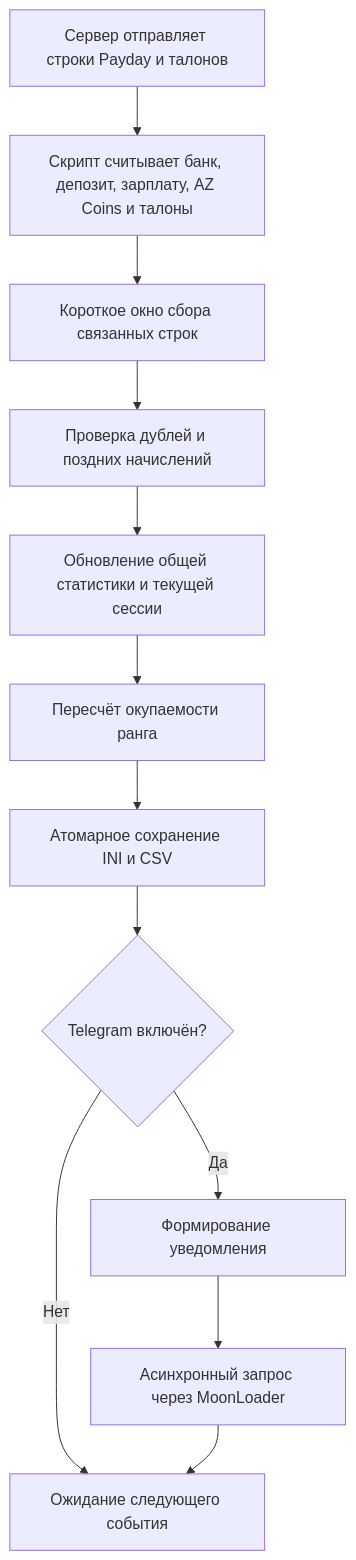
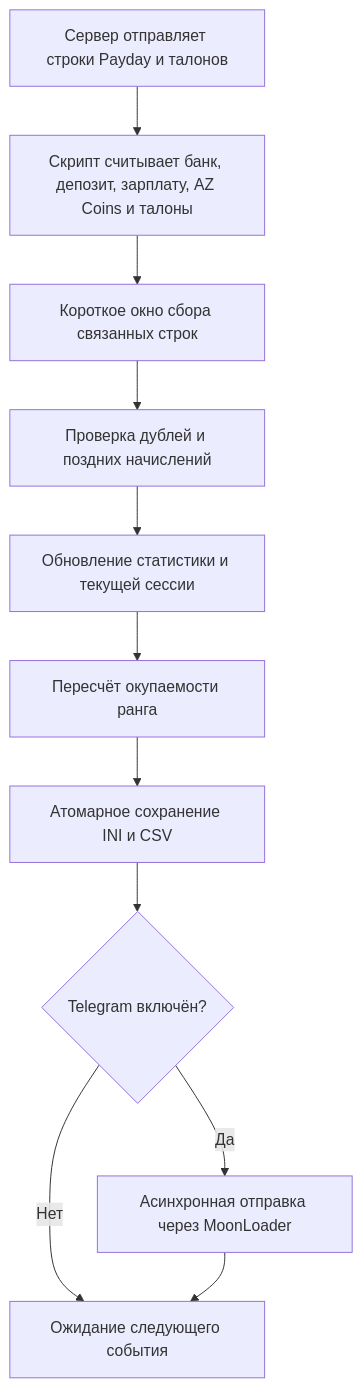
The diagram in README.md (artyom129/Arizona-Payday-Clean), drawn with Mermaid before and after one commit. The commit also changed other lines of this file and 1 other file, not shown here.

````diff
--- a/README.md
+++ b/README.md
@@ -363,14 +366,13 @@
 ```mermaid
 flowchart TD
     A[Сервер отправляет строки Payday и талонов] --> B[Скрипт считывает банк, депозит, зарплату, AZ Coins и талоны]
     B --> C[Короткое окно сбора связанных строк]
     C --> D[Проверка дублей и поздних начислений]
-    D --> E[Обновление общей статистики и текущей сессии]
+    D --> E[Обновление статистики и текущей сессии]
     E --> F[Пересчёт окупаемости ранга]
     F --> G[Атомарное сохранение INI и CSV]
     G --> H{Telegram включён?}
     H -- Нет --> I[Ожидание следующего события]
-    H -- Да --> J[Формирование уведомления]
-    J --> K[Асинхронный запрос через MoonLoader]
-    K --> I
+    H -- Да --> J[Асинхронная отправка через MoonLoader]
+    J --> I
 ```
````
